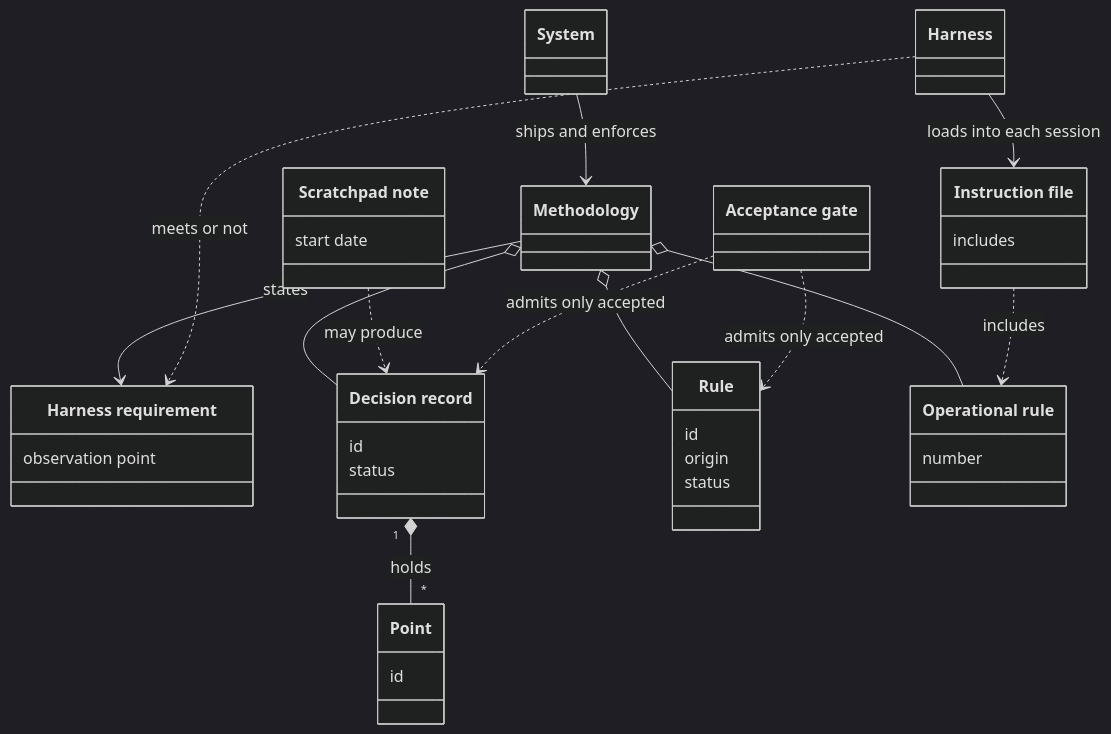
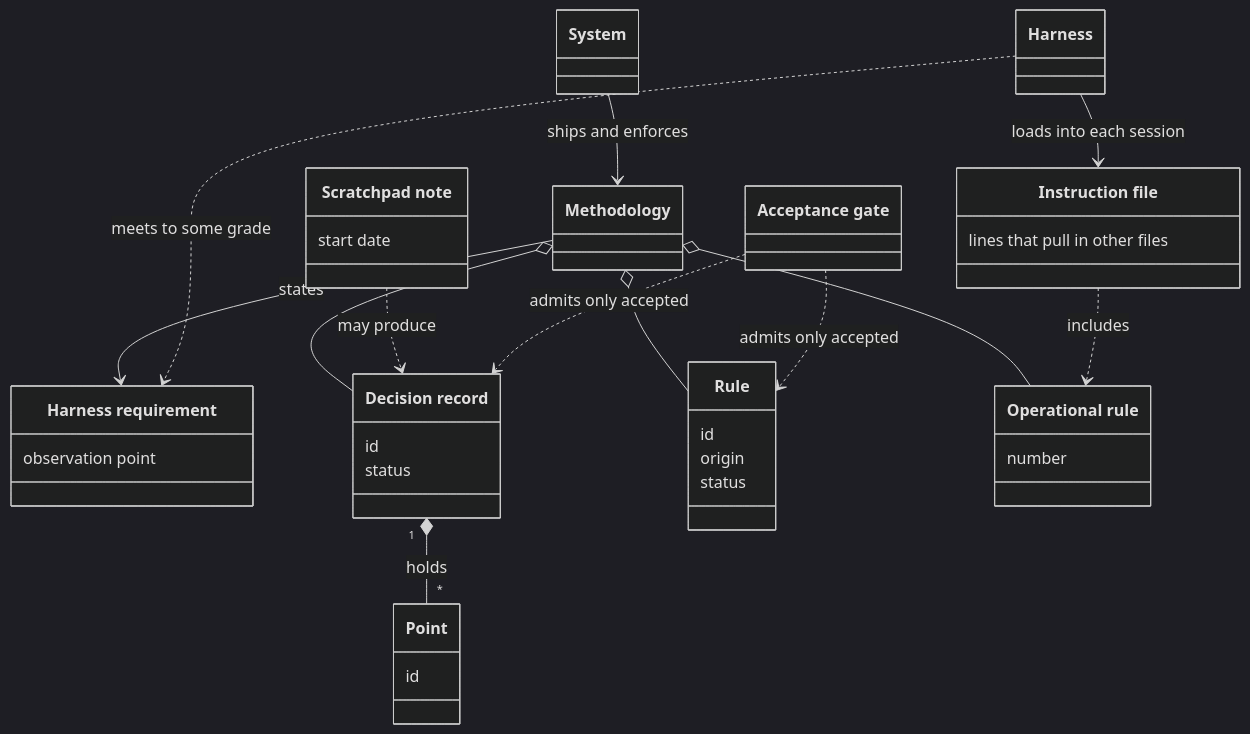
One commit to aleskalfas/project-kit changed the first of 6 diagrams in tech-docs/analysis/core/domain-model/010-the-system-and-its-methodology.md. Above: the diagram before and after it, drawn with Mermaid (dark theme). The commit also changed other lines of this file and 2 other files, not shown here.

````diff
--- a/tech-docs/analysis/core/domain-model/010-the-system-and-its-methodology.md
+++ b/tech-docs/analysis/core/domain-model/010-the-system-and-its-methodology.md
@@ -56,38 +58,38 @@
 ```mermaid
 classDiagram
   accTitle: The system and its methodology
-  accDescr: The system ships and enforces the methodology. The methodology is made of decision records, rules, operational rules and conventions, and states harness requirements. A harness meets each harness requirement or not. A decision record holds points. A scratchpad note may produce decision records. Work builds only on accepted decision records and rules, as the acceptance gate says. A harness loads an instruction file into each session, and the instruction file includes the operational rules.
+  accDescr: The system ships and enforces the methodology. The methodology is made of decision records, rules, operational rules and conventions, and states harness requirements. A harness meets each harness requirement to some grade. A decision record holds points. A scratchpad note may produce decision records. Work builds only on accepted decision records and rules, as the acceptance gate says. A harness loads an instruction file into each session, and the instruction file includes the operational rules.
   class System["System"]
   class Harness["Harness"]
   class HarnessRequirement["Harness requirement"]
   HarnessRequirement : observation point
   class InstructionFile["Instruction file"]
-  InstructionFile : includes
+  InstructionFile : lines that pull in other files
   class Methodology["Methodology"]
   class DecisionRecord["Decision record"]
   DecisionRecord : id
   DecisionRecord : status
   class Point["Point"]
   Point : id
   class ScratchpadNote["Scratchpad note"]
   ScratchpadNote : start date
   class Rule["Rule"]
   Rule : id
   Rule : origin
   Rule : status
   class AcceptanceGate["Acceptance gate"]
   class OperationalRule["Operational rule"]
   OperationalRule : number
   System --> Methodology : ships and enforces
   Methodology o-- DecisionRecord
   Methodology o-- Rule
   Methodology o-- OperationalRule
   DecisionRecord "1" *-- "*" Point : holds
   ScratchpadNote ..> DecisionRecord : may produce
   AcceptanceGate ..> DecisionRecord : admits only accepted
   AcceptanceGate ..> Rule : admits only accepted
   Methodology --> HarnessRequirement : states
-  Harness ..> HarnessRequirement : meets or not
+  Harness ..> HarnessRequirement : meets to some grade
   Harness --> InstructionFile : loads into each session
   InstructionFile ..> OperationalRule : includes
 ```
````
